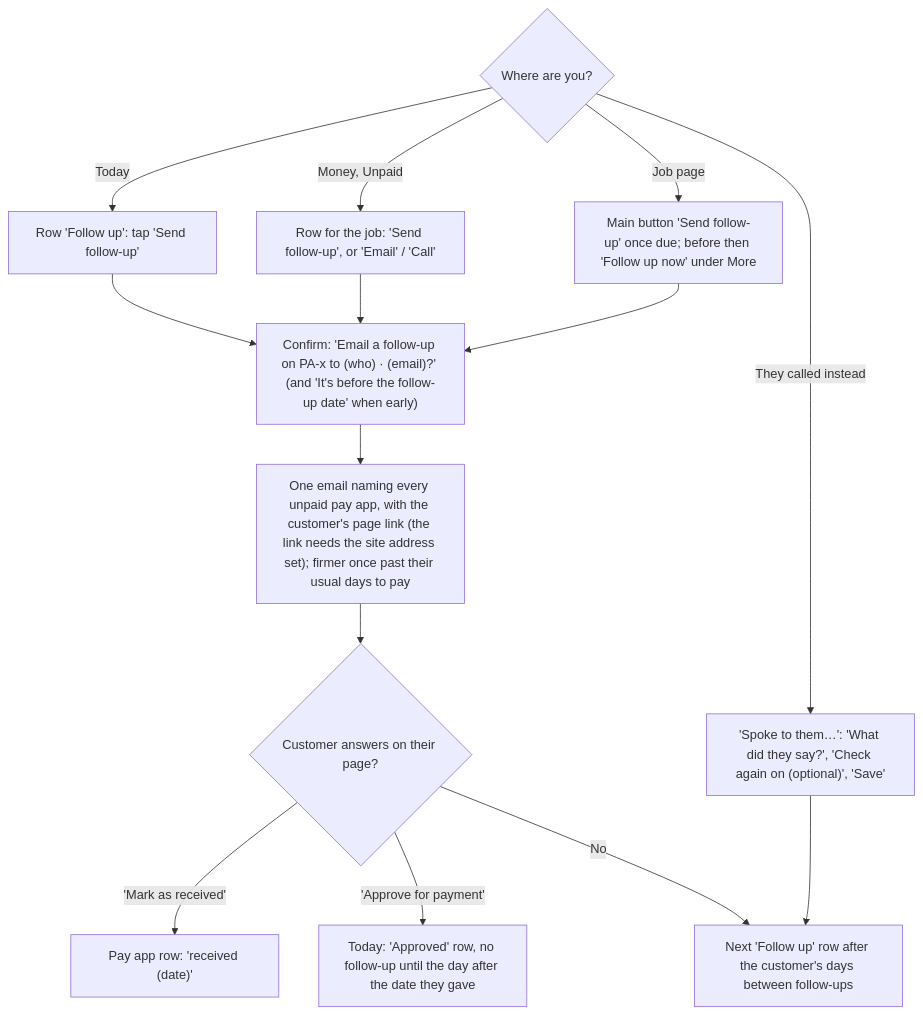
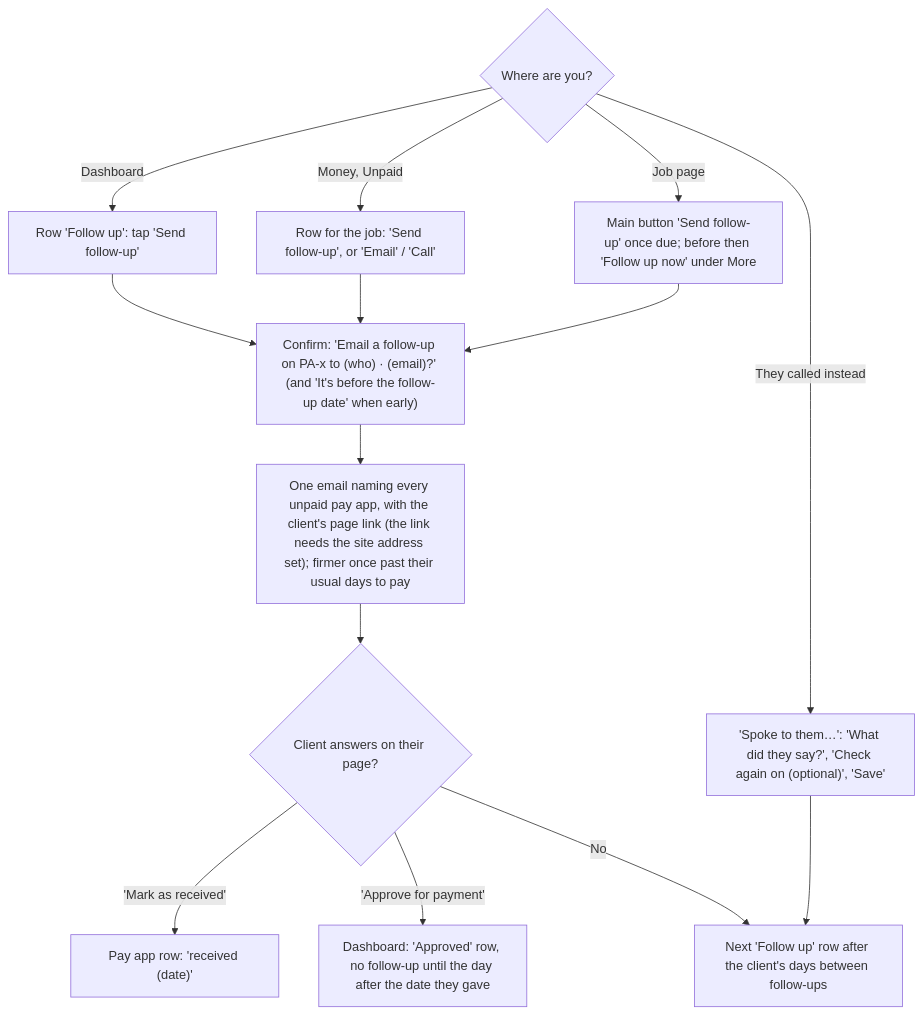
The ninth of 15 diagrams in docs/client-flows.md (cartwrightstephen/billdable), drawn with Mermaid before and after one commit. The commit also changed other lines of this file, not shown here.

First line of the commit message:
Flows doc: the seven sections, Client wording, and references to the split modules

````diff
--- a/docs/client-flows.md
+++ b/docs/client-flows.md
@@ -338,16 +342,16 @@
 ```mermaid
 flowchart TD
-    A{"Where are you?"} -->|"Today"| B["Row 'Follow up': tap 'Send follow-up'"]
+    A{"Where are you?"} -->|"Dashboard"| B["Row 'Follow up': tap 'Send follow-up'"]
     A -->|"Money, Unpaid"| C["Row for the job: 'Send follow-up', or 'Email' / 'Call'"]
     A -->|"Job page"| D["Main button 'Send follow-up' once due; before then 'Follow up now' under More"]
     B --> E["Confirm: 'Email a follow-up on PA-x to (who) · (email)?' (and 'It's before the follow-up date' when early)"]
     C --> E
     D --> E
-    E --> G["One email naming every unpaid pay app, with the customer's page link (the link needs the site address set); firmer once past their usual days to pay"]
-    G --> H{"Customer answers on their page?"}
+    E --> G["One email naming every unpaid pay app, with the client's page link (the link needs the site address set); firmer once past their usual days to pay"]
+    G --> H{"Client answers on their page?"}
     H -->|"'Mark as received'"| I["Pay app row: 'received (date)'"]
-    H -->|"'Approve for payment'"| I2["Today: 'Approved' row, no follow-up until the day after the date they gave"]
-    H -->|"No"| J["Next 'Follow up' row after the customer's days between follow-ups"]
+    H -->|"'Approve for payment'"| I2["Dashboard: 'Approved' row, no follow-up until the day after the date they gave"]
+    H -->|"No"| J["Next 'Follow up' row after the client's days between follow-ups"]
     A -->|"They called instead"| K["'Spoke to them…': 'What did they say?', 'Check again on (optional)', 'Save'"]
     K --> J
 ```
````
